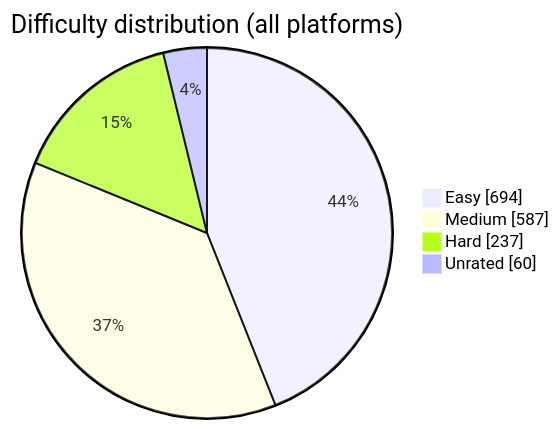
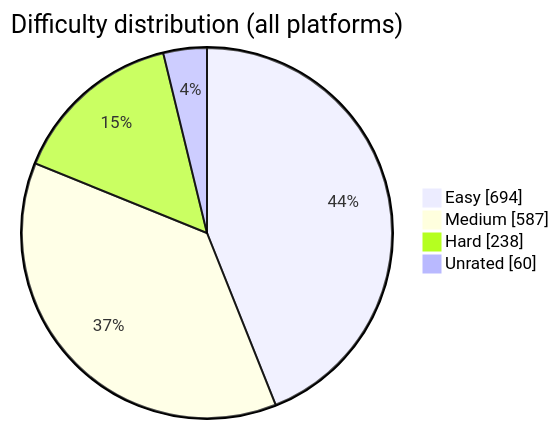
Before and after one commit to BuildbyArindam/Daily-Coding-Log: the diagram in README.md, drawn with Mermaid. The commit also changed other lines of this file, not shown here.

````diff
--- a/README.md
+++ b/README.md
@@ -93,7 +93,7 @@
 ```mermaid
 pie showData title Difficulty distribution (all platforms)
     "Easy" : 694
     "Medium" : 587
-    "Hard" : 237
+    "Hard" : 238
     "Unrated" : 60
 ```
````
